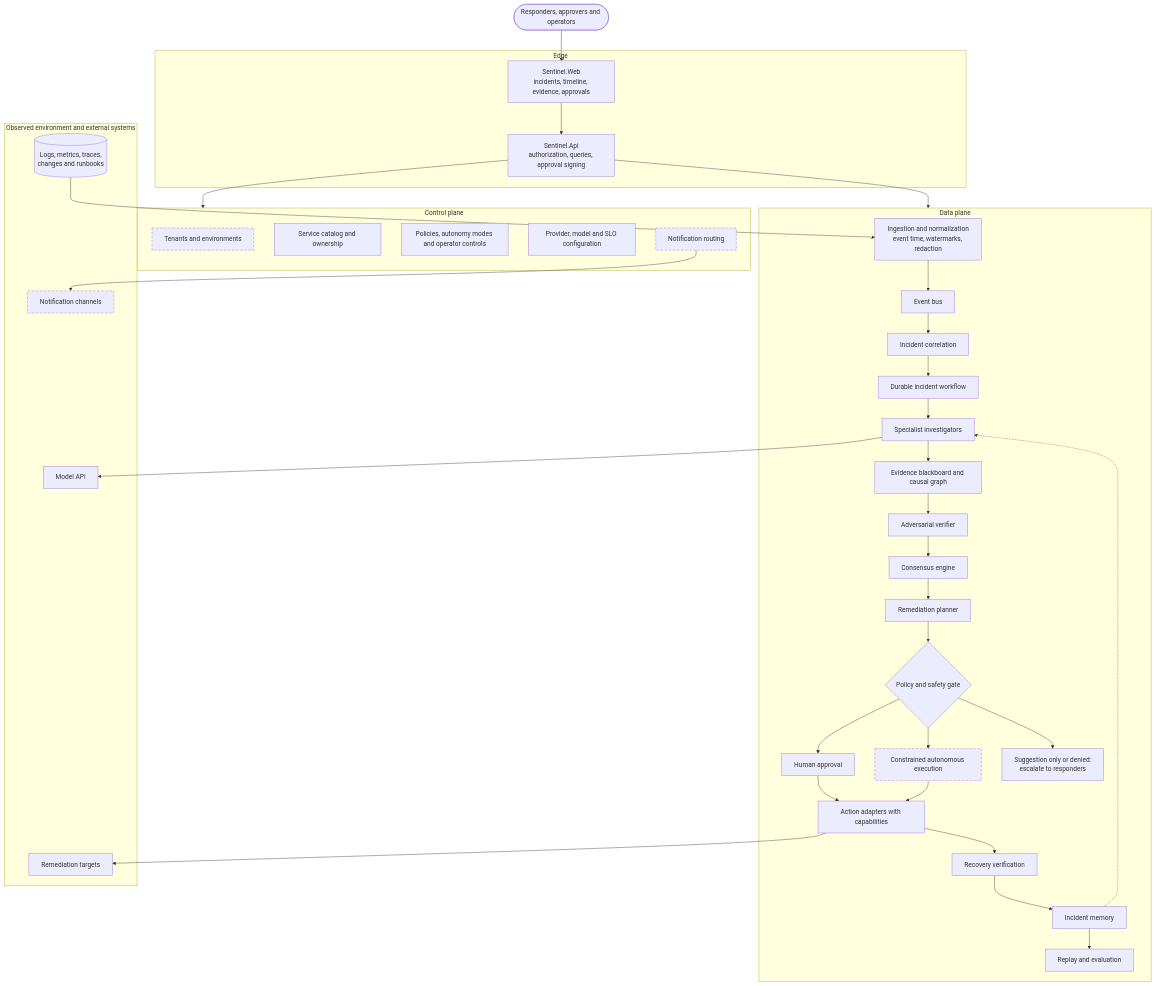
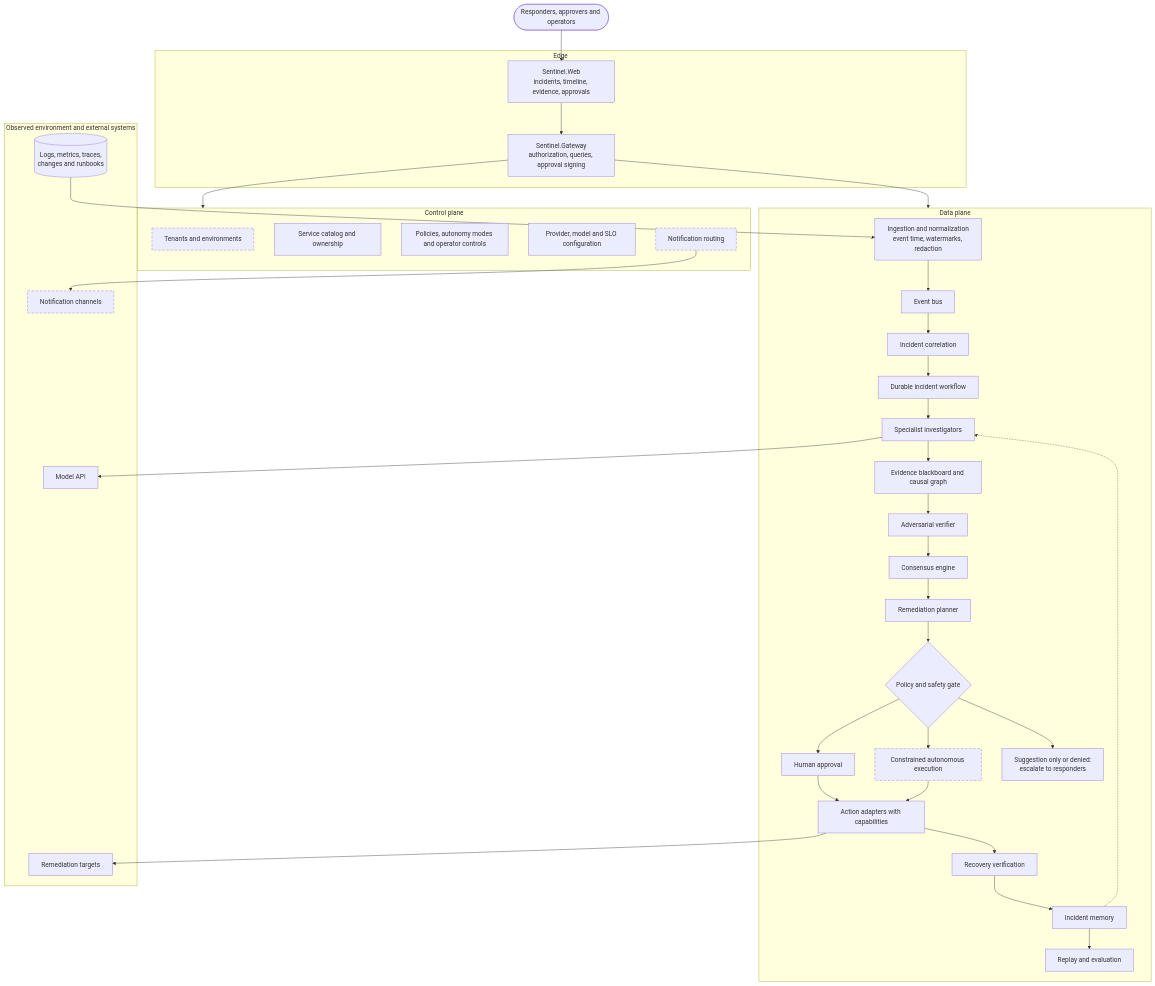
Before and after one commit to Psingle20/Sentinel: the second of 9 diagrams in README.md, drawn with Mermaid. The commit also changed other lines of this file and 188 other files, not shown here.

````diff
--- a/README.md
+++ b/README.md
@@ -71,62 +71,62 @@
 ```mermaid
 flowchart TB
     people(["Responders, approvers and operators"])
 
     subgraph edge["Edge"]
         web["Sentinel.Web<br/>incidents, timeline, evidence, approvals"]
-        api["Sentinel.Api<br/>authorization, queries, approval signing"]
+        api["Sentinel.Gateway<br/>authorization, queries, approval signing"]
     end
 
     subgraph control["Control plane"]
         tenants["Tenants and environments"]
         catalogcfg["Service catalog and ownership"]
         policycfg["Policies, autonomy modes and operator controls"]
         providercfg["Provider, model and SLO configuration"]
         routing["Notification routing"]
     end
 
     subgraph data["Data plane"]
         ingest["Ingestion and normalization<br/>event time, watermarks, redaction"]
         bus["Event bus"]
         correlation["Incident correlation"]
         workflow["Durable incident workflow"]
         agents["Specialist investigators"]
         blackboard["Evidence blackboard and causal graph"]
         verifier["Adversarial verifier"]
         consensus["Consensus engine"]
         planner["Remediation planner"]
         gate{"Policy and safety gate"}
         approval["Human approval"]
         autonomous["Constrained autonomous execution"]
         blocked["Suggestion only or denied:<br/>escalate to responders"]
         adapters["Action adapters with capabilities"]
         recovery["Recovery verification"]
         memorystore["Incident memory"]
         replay["Replay and evaluation"]
     end
 
     subgraph outside["Observed environment and external systems"]
         telemetry[("Logs, metrics, traces,<br/>changes and runbooks")]
         models["Model API"]
         targets["Remediation targets"]
         channels["Notification channels"]
     end
 
     people --> web --> api
     api --> control
     api --> data
     telemetry --> ingest --> bus --> correlation --> workflow --> agents
     agents --> models
     agents --> blackboard --> verifier --> consensus --> planner --> gate
     gate --> approval --> adapters
     gate --> autonomous --> adapters
     gate --> blocked
     adapters --> targets
     adapters --> recovery --> memorystore
     memorystore -.-> agents
     memorystore --> replay
     routing --> channels
 
     classDef planned stroke-dasharray: 6 4
     class tenants,routing,autonomous,channels planned
 ```
````
